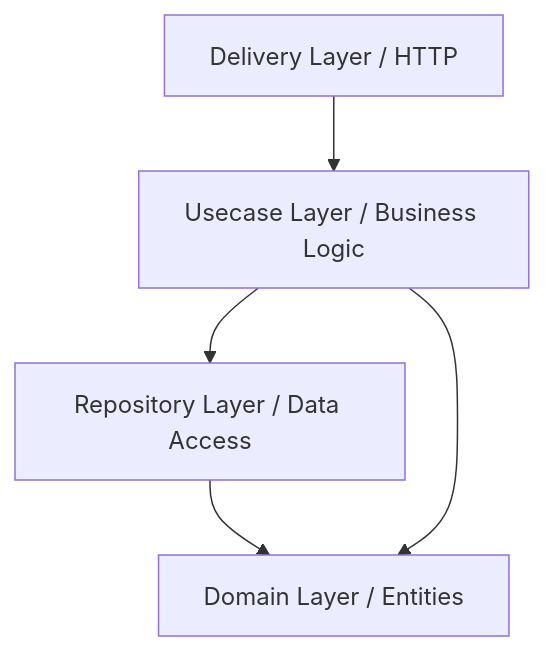
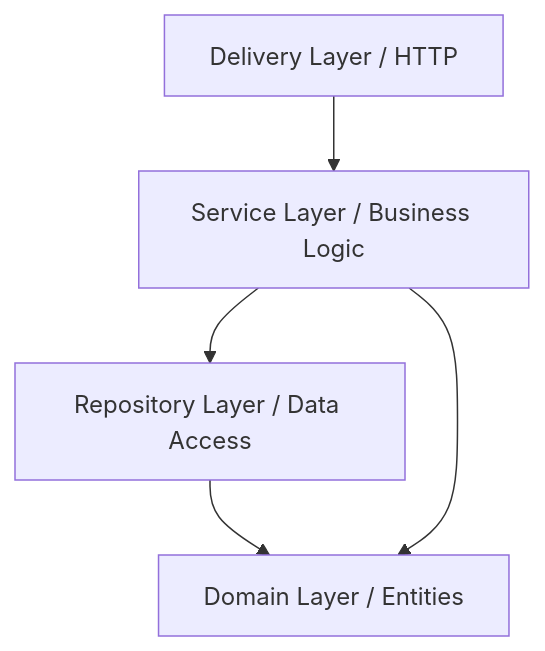
Before and after one commit to pipigendut/dating-backend: the diagram in README.md, drawn with Mermaid. The commit also changed other lines of this file and 84 other files, not shown here.

````diff
--- a/README.md
+++ b/README.md
@@ -19,7 +19,7 @@
 ```mermaid
 graph TD
-    A[Delivery Layer / HTTP] --> B[Usecase Layer / Business Logic]
+    A[Delivery Layer / HTTP] --> B[Service Layer / Business Logic]
     B --> C[Repository Layer / Data Access]
     C --> D[Domain Layer / Entities]
     B --> D
 ```
````
